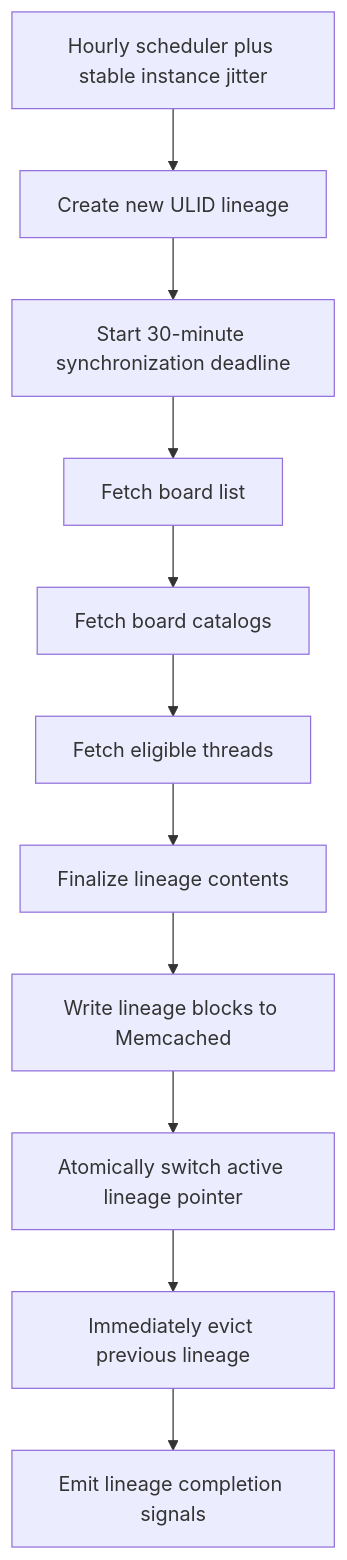
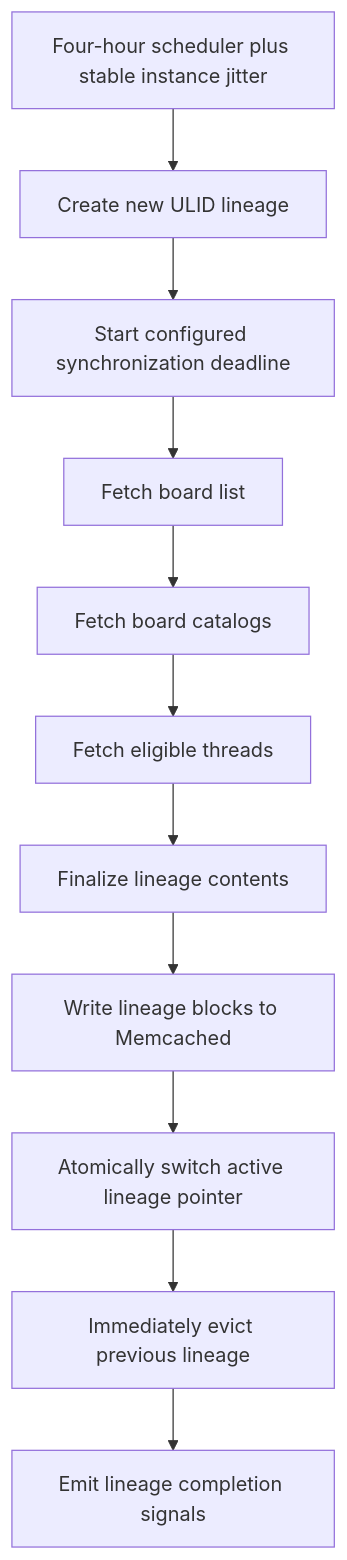
Before and after one commit to federico-paolillo/four-visor: diagram 11 of 35 in docs/SEED.md, drawn with Mermaid. The commit also changed other lines of this file and 33 other files, not shown here.

````diff
--- a/docs/SEED.md
+++ b/docs/SEED.md
@@ -682,13 +682,13 @@
 ```mermaid
 flowchart TD
-    Scheduler[Hourly scheduler plus stable instance jitter] --> Begin[Create new ULID lineage]
-    Begin --> Deadline[Start 30-minute synchronization deadline]
+    Scheduler[Four-hour scheduler plus stable instance jitter] --> Begin[Create new ULID lineage]
+    Begin --> Deadline[Start configured synchronization deadline]
     Deadline --> Boards[Fetch board list]
     Boards --> Catalogs[Fetch board catalogs]
     Catalogs --> Threads[Fetch eligible threads]
     Threads --> Finalize[Finalize lineage contents]
     Finalize --> Persist[Write lineage blocks to Memcached]
     Persist --> Activate[Atomically switch active lineage pointer]
     Activate --> Evict[Immediately evict previous lineage]
     Evict --> Complete[Emit lineage completion signals]
 ```
````
